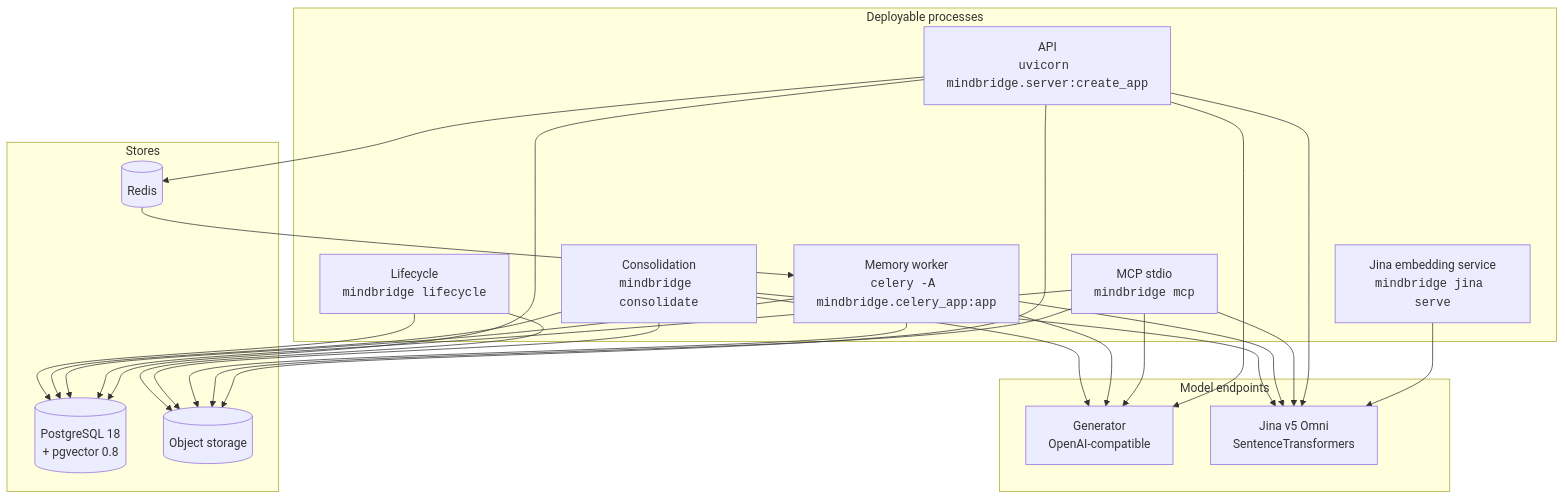
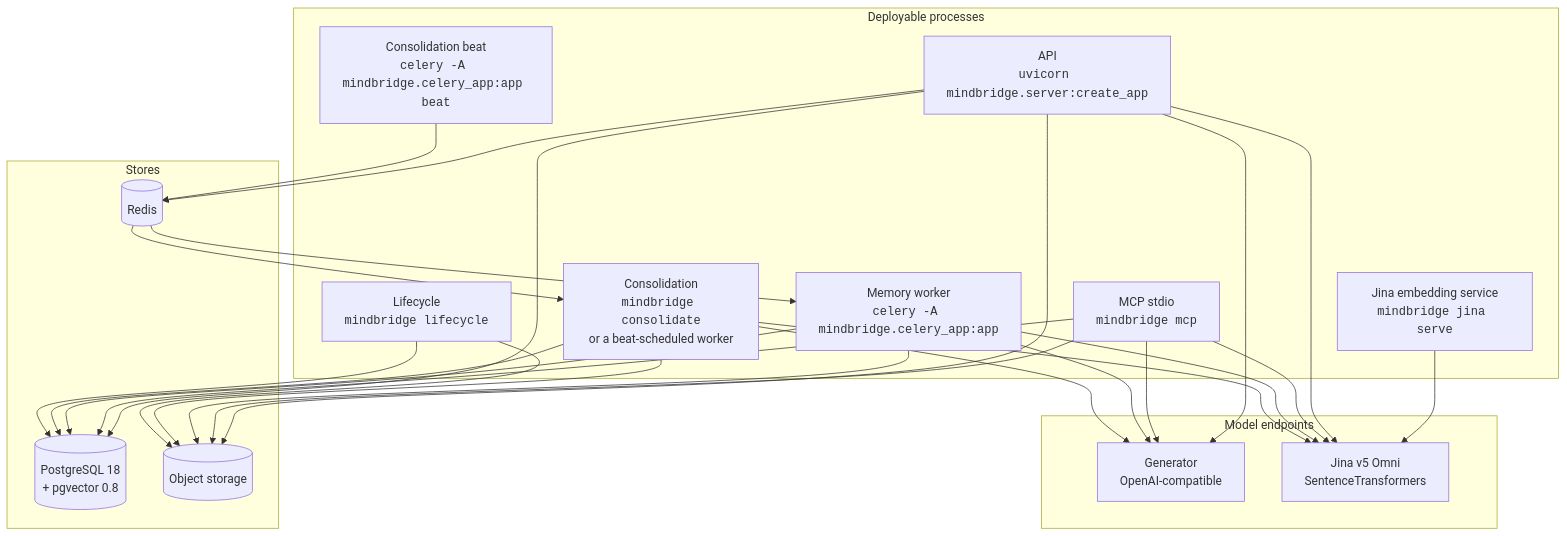
Before and after one commit to EventHorizon-Lab/MindBridge: the first of 3 diagrams in docs/architecture.md, drawn with Mermaid. The commit also changed other lines of this file and 58 other files, not shown here.

````diff
--- a/docs/architecture.md
+++ b/docs/architecture.md
@@ -39,30 +39,33 @@
 ```mermaid
 flowchart TB
   subgraph proc["Deployable processes"]
     jina["Jina embedding service<br/><code>mindbridge jina serve</code>"]
     api["API<br/><code>uvicorn mindbridge.server:create_app</code>"]
     mcp["MCP stdio<br/><code>mindbridge mcp</code>"]
     worker["Memory worker<br/><code>celery -A mindbridge.celery_app:app</code>"]
-    cons["Consolidation<br/><code>mindbridge consolidate</code>"]
+    beat["Consolidation beat<br/><code>celery -A mindbridge.celery_app:app beat</code>"]
+    cons["Consolidation<br/><code>mindbridge consolidate</code><br/>or a beat-scheduled worker"]
     life["Lifecycle<br/><code>mindbridge lifecycle</code>"]
   end
 
   subgraph data["Stores"]
     pg[("PostgreSQL 18<br/>+ pgvector 0.8")]
     redis[("Redis")]
     s3[("Object storage")]
   end
 
   subgraph models["Model endpoints"]
     gen["Generator<br/>OpenAI-compatible"]
     emb["Jina v5 Omni<br/>SentenceTransformers"]
   end
 
   jina --> emb
   api --> pg & redis & s3 & gen & emb
   mcp --> pg & s3 & gen & emb
   redis --> worker
+  beat --> redis
+  redis --> cons
   worker --> pg & s3 & gen & emb
   cons --> pg & s3 & gen & emb
   life --> pg & s3
 ```
````
